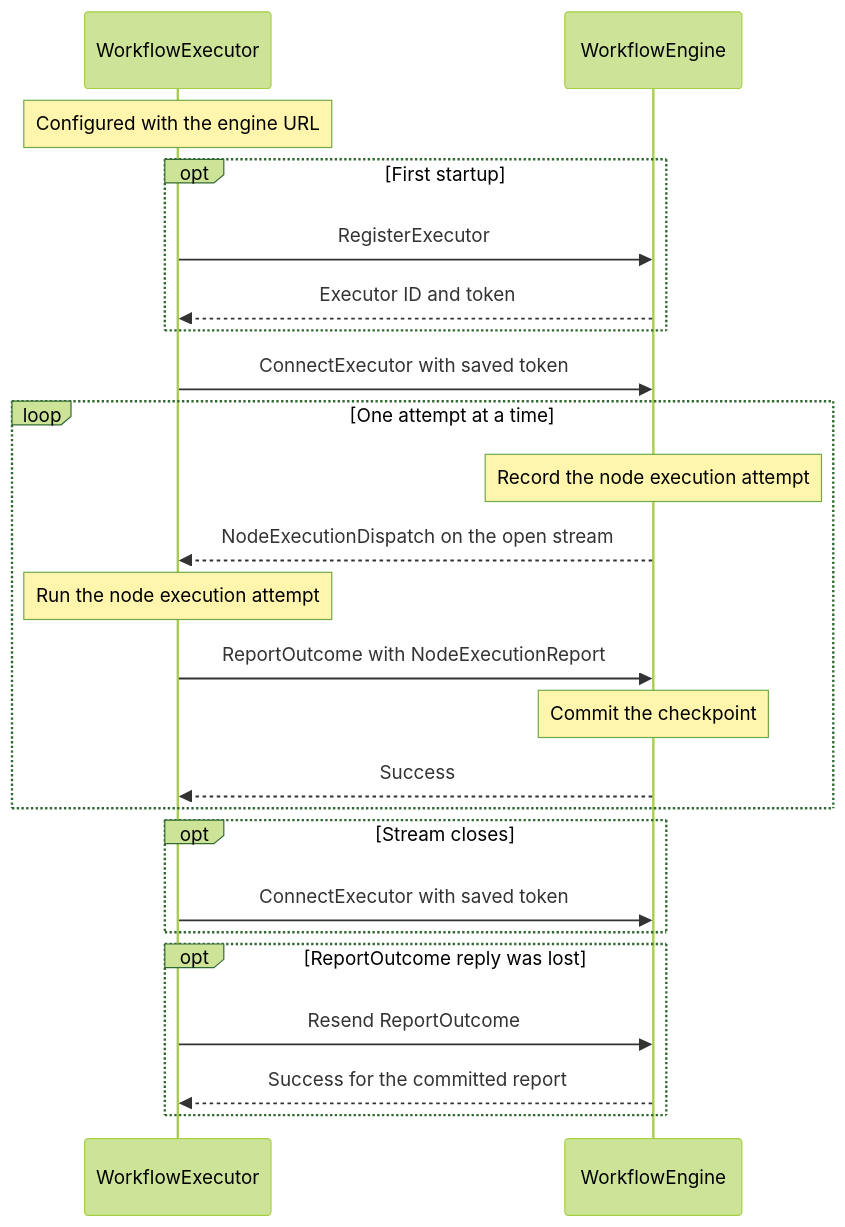
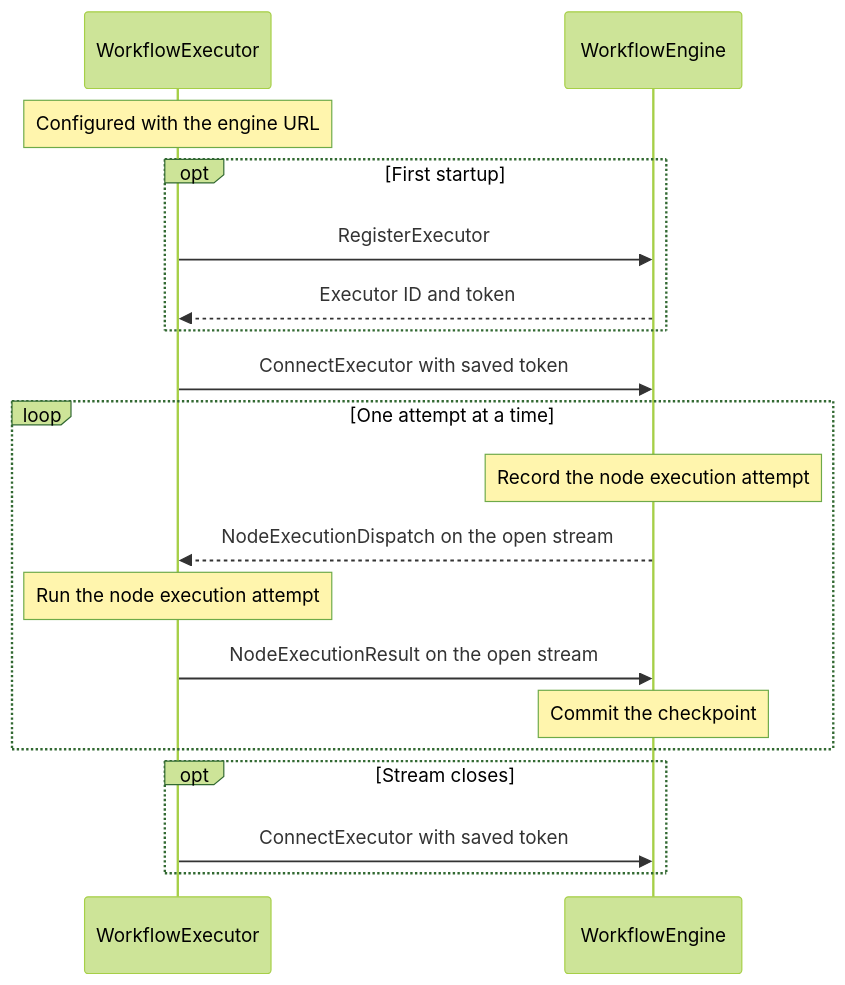
Before and after one commit to tsealex/workflow: the diagram in docs/EXECUTION.md, drawn with Mermaid (forest theme). The commit also changed other lines of this file, not shown here.

Commit message:
Stream executor results over the ConnectExecutor RPC

````diff
--- a/docs/EXECUTION.md
+++ b/docs/EXECUTION.md
@@ -28,26 +28,21 @@
 ```mermaid
 sequenceDiagram
     participant X as WorkflowExecutor
     participant E as WorkflowEngine
     Note over X: Configured with the engine URL
     opt First startup
         X->>E: RegisterExecutor
         E-->>X: Executor ID and token
     end
     X->>E: ConnectExecutor with saved token
     loop One attempt at a time
         Note over E: Record the node execution attempt
         E-->>X: NodeExecutionDispatch on the open stream
         Note over X: Run the node execution attempt
-        X->>E: ReportOutcome with NodeExecutionReport
+        X->>E: NodeExecutionResult on the open stream
         Note over E: Commit the checkpoint
-        E-->>X: Success
     end
     opt Stream closes
         X->>E: ConnectExecutor with saved token
     end
-    opt ReportOutcome reply was lost
-        X->>E: Resend ReportOutcome
-        E-->>X: Success for the committed report
-    end
 ```
````
